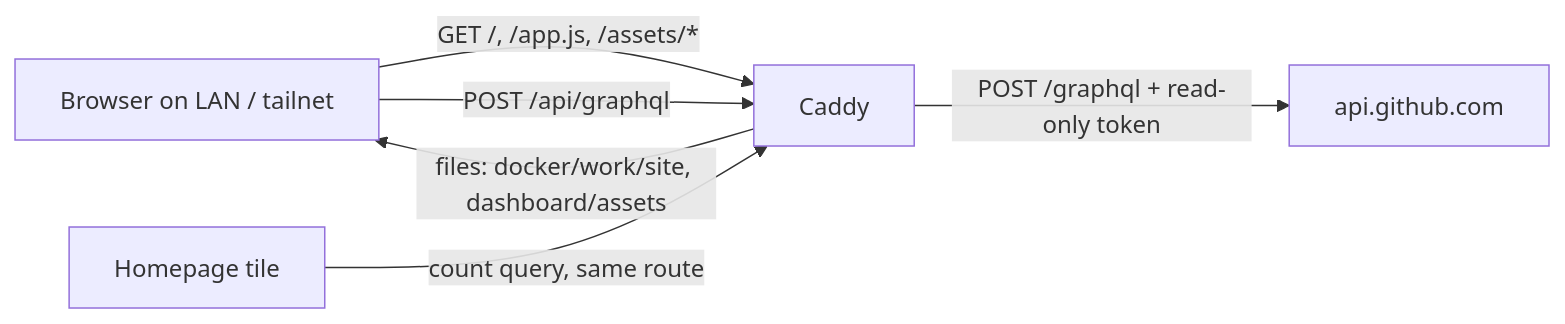
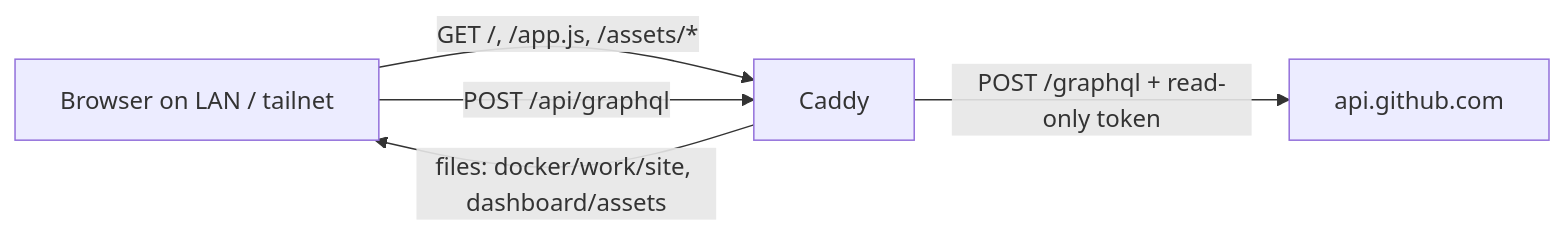
One commit to brignano/homelab changed the diagram in docker/work/README.md. Above: the diagram before and after it, drawn with Mermaid. The commit also changed other lines of this file and 4 other files, not shown here.

````diff
--- a/docker/work/README.md
+++ b/docker/work/README.md
@@ -10,8 +12,7 @@
 ```mermaid
 flowchart LR
   B[Browser on LAN / tailnet] -- "GET /, /app.js, /assets/*" --> C[Caddy]
   B -- "POST /api/graphql" --> C
   C -- "files: docker/work/site, dashboard/assets" --> B
   C -- "POST /graphql + read-only token" --> G[api.github.com]
-  H[Homepage tile] -- "count query, same route" --> C
 ```
````
